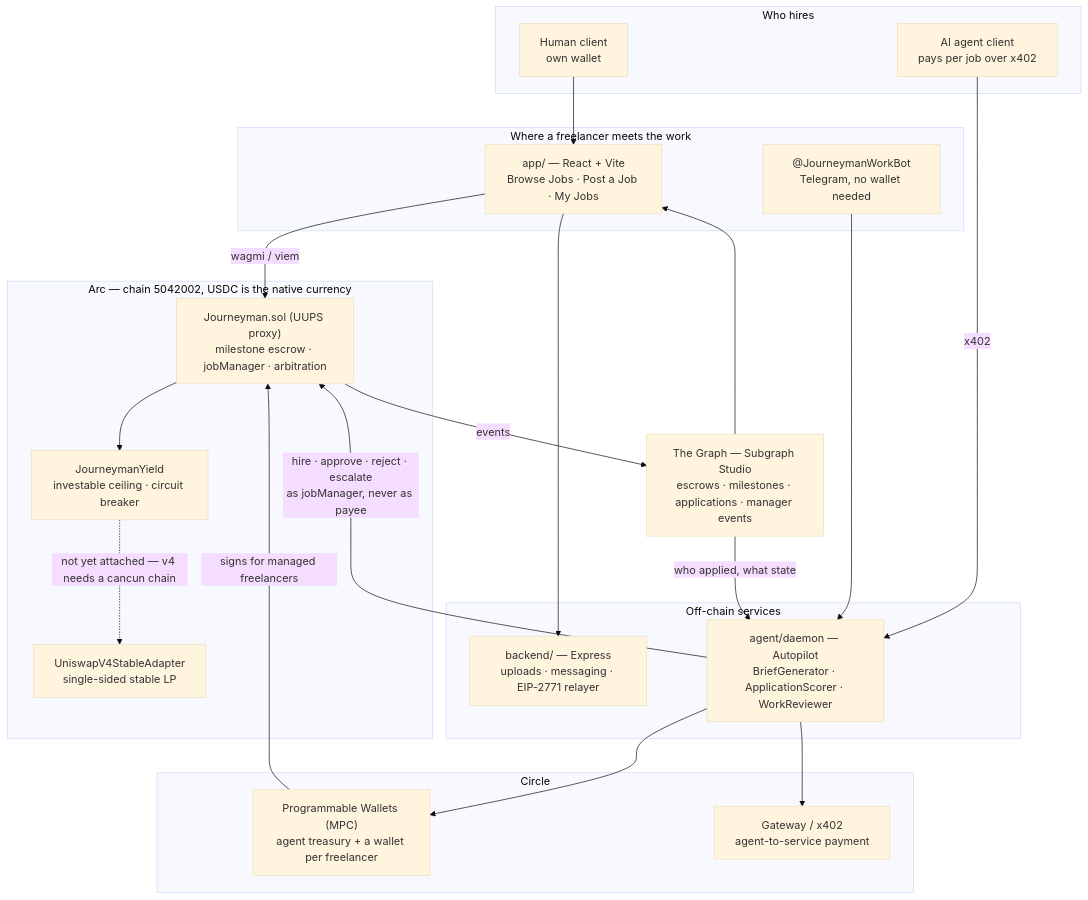
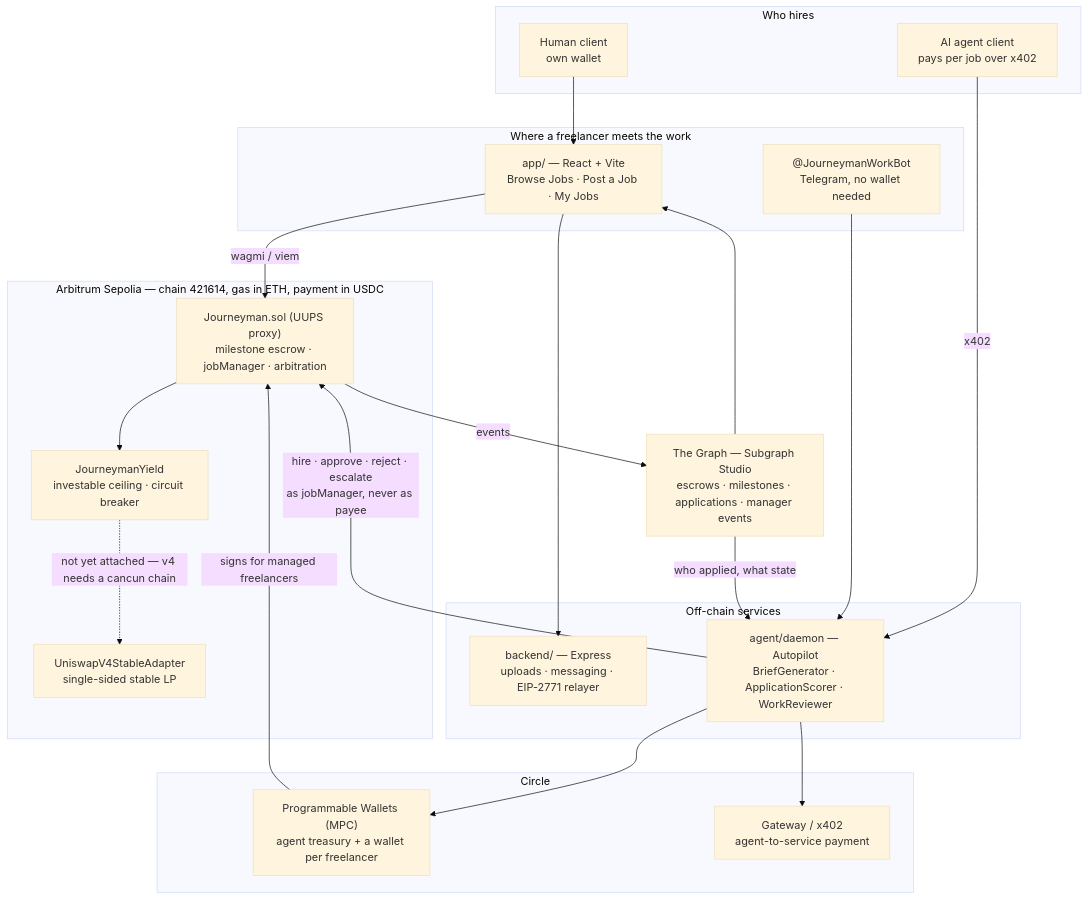
One commit to Gbangbolaoluwagbemiga/journeyman changed the first of 2 diagrams in README.md. Above: the diagram before and after it, drawn with Mermaid (base theme). The commit also changed other lines of this file and 6 other files, not shown here.

````diff
--- a/README.md
+++ b/README.md
@@ -243,45 +243,45 @@
 ```mermaid
 flowchart TB
     subgraph clients["Who hires"]
         human["Human client<br/>own wallet"]
         agentclient["AI agent client<br/>pays per job over x402"]
     end
 
     subgraph surfaces["Where a freelancer meets the work"]
         web["app/ — React + Vite<br/>Browse Jobs · Post a Job · My Jobs"]
         tg["@JourneymanWorkBot<br/>Telegram, no wallet needed"]
     end
 
     subgraph services["Off-chain services"]
         api["backend/ — Express<br/>uploads · messaging · EIP-2771 relayer"]
         daemon["agent/daemon — Autopilot<br/>BriefGenerator · ApplicationScorer · WorkReviewer"]
     end
 
     subgraph circle["Circle"]
         mpc["Programmable Wallets (MPC)<br/>agent treasury + a wallet per freelancer"]
         gw["Gateway / x402<br/>agent-to-service payment"]
     end
 
-    subgraph arc["Arc — chain 5042002, USDC is the native currency"]
+    subgraph chain["Arbitrum Sepolia — chain 421614, gas in ETH, payment in USDC"]
         escrow["Journeyman.sol (UUPS proxy)<br/>milestone escrow · jobManager · arbitration"]
         yield["JourneymanYield<br/>investable ceiling · circuit breaker"]
         uni["UniswapV4StableAdapter<br/>single-sided stable LP"]
     end
 
     graph_["The Graph — Subgraph Studio<br/>escrows · milestones · applications · manager events"]
 
     human --> web
     agentclient -- "x402" --> daemon
     web -- "wagmi / viem" --> escrow
     web --> api
     tg --> daemon
     daemon -- "hire · approve · reject · escalate<br/>as jobManager, never as payee" --> escrow
     daemon --> mpc
     daemon --> gw
     mpc -- "signs for managed freelancers" --> escrow
     escrow --> yield
     yield -. "not yet attached — v4 needs a cancun chain" .-> uni
     escrow -- "events" --> graph_
     graph_ -- "who applied, what state" --> daemon
     graph_ --> web
 ```
````
